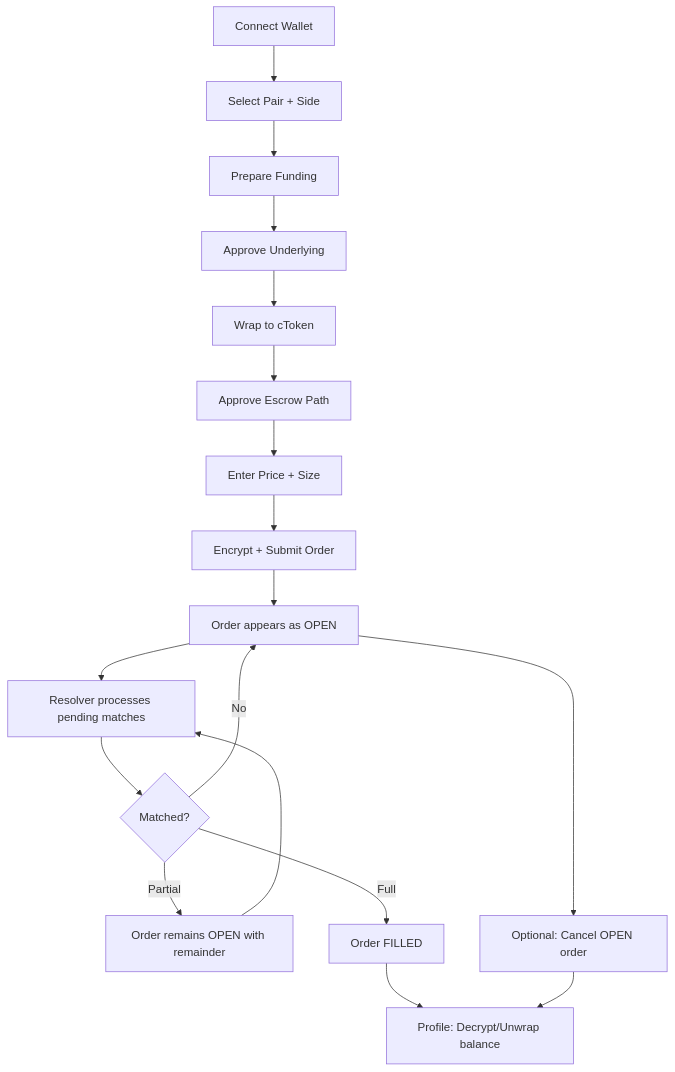
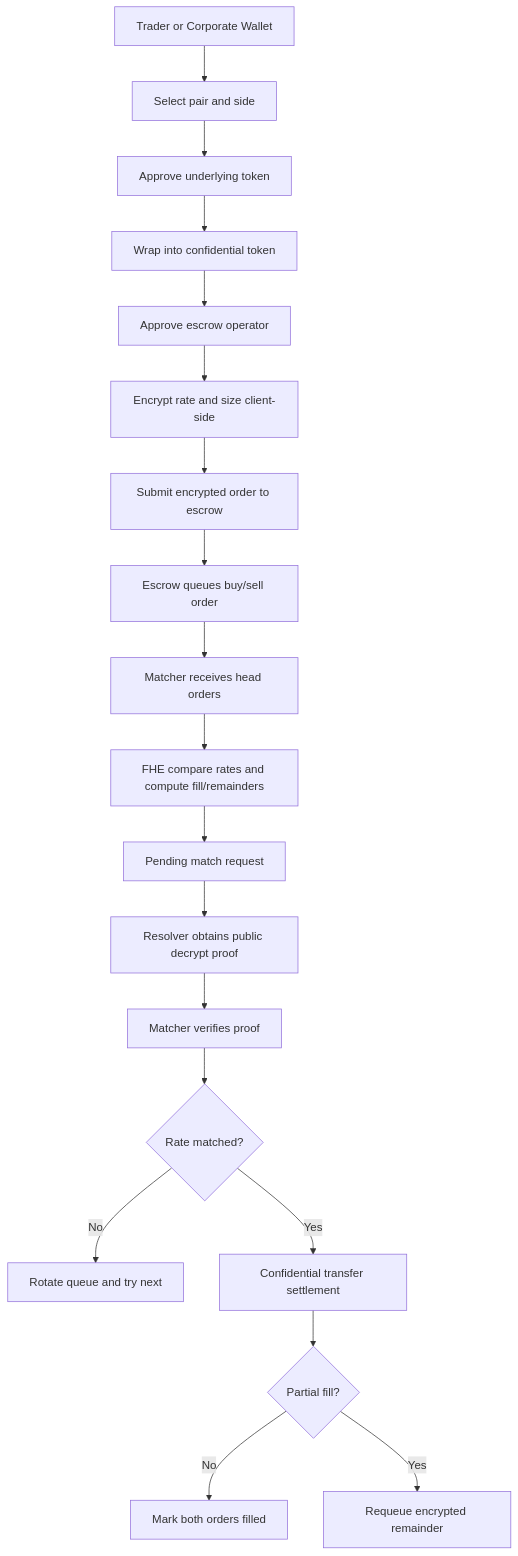
The diagram in README.md (juSt-jeLLy/blindspot), drawn with Mermaid before and after one commit. The commit also changed other lines of this file and 1 other file, not shown here.

````diff
--- a/README.md
+++ b/README.md
@@ -72,20 +41,21 @@
 ```mermaid
 flowchart TD
-  A[Connect Wallet] --> B[Select Pair + Side]
-  B --> C[Prepare Funding]
-  C --> C1[Approve Underlying]
-  C1 --> C2[Wrap to cToken]
-  C2 --> C3[Approve Escrow Path]
-  C3 --> D[Enter Price + Size]
-  D --> E[Encrypt + Submit Order]
-  E --> F[Order appears as OPEN]
-  F --> G[Resolver processes pending matches]
-  G --> H{Matched?}
-  H -->|No| F
-  H -->|Partial| I[Order remains OPEN with remainder]
-  I --> G
-  H -->|Full| J[Order FILLED]
-  F --> K[Optional: Cancel OPEN order]
-  J --> L[Profile: Decrypt/Unwrap balance]
-  K --> L
+  A["Trader or Corporate Wallet"] --> B["Select pair and side"]
+  B --> C["Approve underlying token"]
+  C --> D["Wrap into confidential token"]
+  D --> E["Approve escrow operator"]
+  E --> F["Encrypt rate and size client-side"]
+  F --> G["Submit encrypted order to escrow"]
+  G --> H["Escrow queues buy/sell order"]
+  H --> I["Matcher receives head orders"]
+  I --> J["FHE compare rates and compute fill/remainders"]
+  J --> K["Pending match request"]
+  K --> L["Resolver obtains public decrypt proof"]
+  L --> M["Matcher verifies proof"]
+  M --> N{"Rate matched?"}
+  N -->|"No"| O["Rotate queue and try next"]
+  N -->|"Yes"| P["Confidential transfer settlement"]
+  P --> Q{"Partial fill?"}
+  Q -->|"No"| R["Mark both orders filled"]
+  Q -->|"Yes"| S["Requeue encrypted remainder"]
 ```
````
